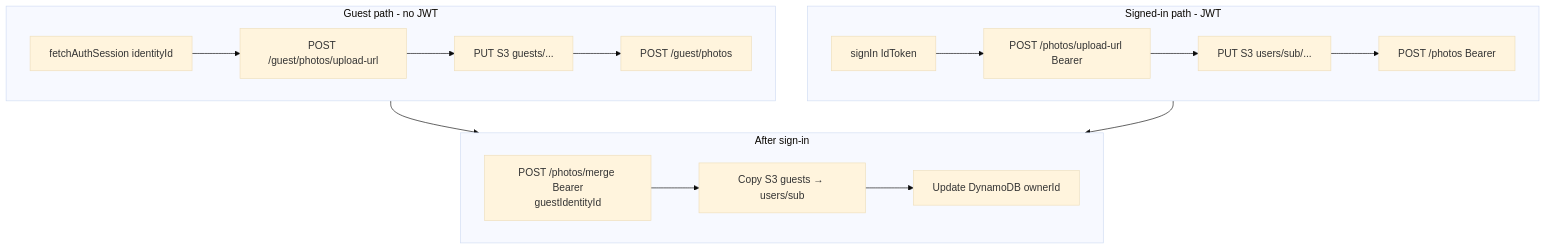
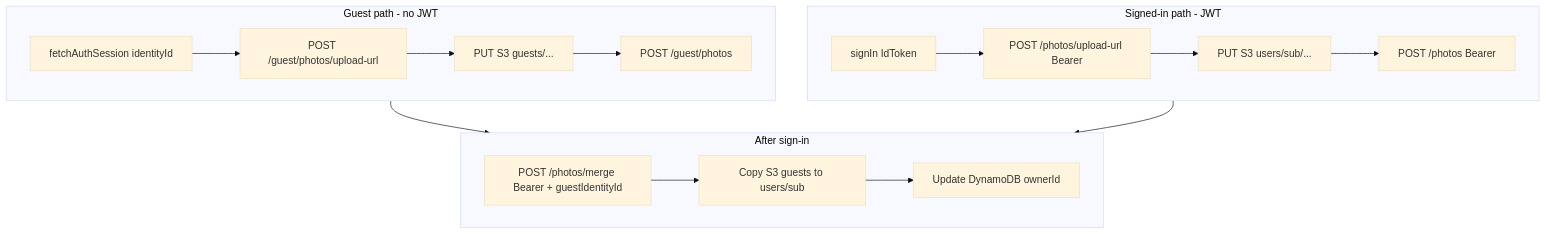
One commit to stephenfreely/photostore changed the second of 8 diagrams in README.md. Above: the diagram before and after it, drawn with Mermaid (base theme). The commit also changed other lines of this file and 9 other files, not shown here.

````diff
--- a/README.md
+++ b/README.md
@@ -306,28 +306,28 @@
 ```mermaid
 flowchart TB
-  subgraph guest [Guest path - no JWT]
+  subgraph guestPath [Guest path - no JWT]
     G1[fetchAuthSession identityId]
     G2[POST /guest/photos/upload-url]
     G3[PUT S3 guests/...]
     G4[POST /guest/photos]
     G1 --> G2 --> G3 --> G4
   end
 
-  subgraph auth [Signed-in path - JWT]
+  subgraph authPath [Signed-in path - JWT]
     A1[signIn IdToken]
     A2[POST /photos/upload-url Bearer]
     A3[PUT S3 users/sub/...]
     A4[POST /photos Bearer]
     A1 --> A2 --> A3 --> A4
   end
 
-  subgraph merge [After sign-in]
-    M1[POST /photos/merge Bearer<br/>guestIdentityId]
-    M2[Copy S3 guests → users/sub]
+  subgraph mergePath [After sign-in]
+    M1["POST /photos/merge Bearer + guestIdentityId"]
+    M2["Copy S3 guests to users/sub"]
     M3[Update DynamoDB ownerId]
     M1 --> M2 --> M3
   end
 
-  guest --> merge
-  auth --> merge
+  guestPath --> mergePath
+  authPath --> mergePath
 ```
````
